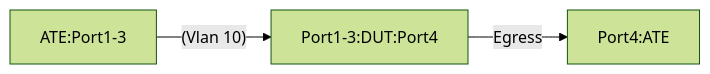
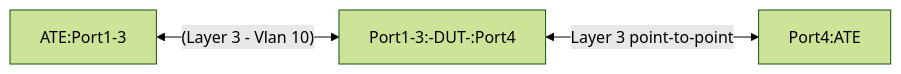
Before and after one commit to openconfig/featureprofiles: the diagram in feature/staticroute/otg_tests/static_route_with_vlan_interface/README.md, drawn with Mermaid (forest theme). The commit also changed other lines of this file, not shown here.

````diff
--- a/feature/staticroute/otg_tests/static_route_with_vlan_interface/README.md
+++ b/feature/staticroute/otg_tests/static_route_with_vlan_interface/README.md
@@ -22,4 +22,4 @@
 ```mermaid
 graph LR; 
-A[ATE:Port1-3] --(Vlan 10)-->B[Port1-3:DUT:Port4];B --Egress-->C[Port4:ATE];
+A[ATE:Port1-3] <--(Layer 3 - Vlan 10)-->B[Port1-3:-DUT-:Port4];B <--Layer 3 point-to-point-->C[Port4:ATE];
 ```
````
